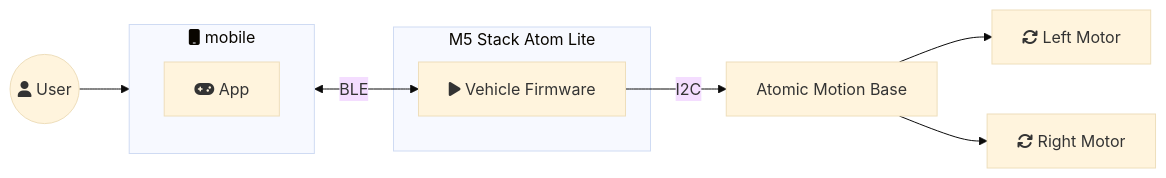
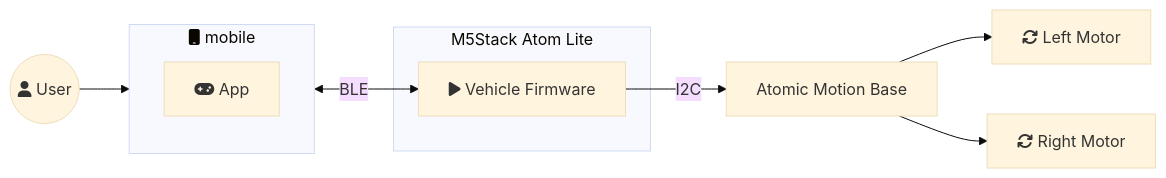
Before and after one commit to botamochi6277/atomic-vehicle: the diagram in README.md, drawn with Mermaid (base theme). The commit also changed other lines of this file and 2 other files, not shown here.

````diff
--- a/README.md
+++ b/README.md
@@ -8,27 +8,27 @@
 ```mermaid
 graph LR
     user((fa:fa-user User))
 
     subgraph mobile[fa:fa-mobile mobile]
         app[fa:fa-gamepad App]
 
     end
 
     user-->mobile
 
     mobile <-->| BLE|srv
 
-    subgraph M5Atom[M5 Stack Atom Lite]
+    subgraph M5Atom[M5Stack Atom Lite]
        srv[fa:fa-play Vehicle Firmware]
     end
 
     atomic[Atomic Motion Base]
 
     srv-->|I2C|atomic
 
     servo_l[fa:fa-sync Left Motor]
     servo_r[fa:fa-sync Right Motor]
 
     atomic-->servo_l
     atomic-->servo_r
 ```
````
